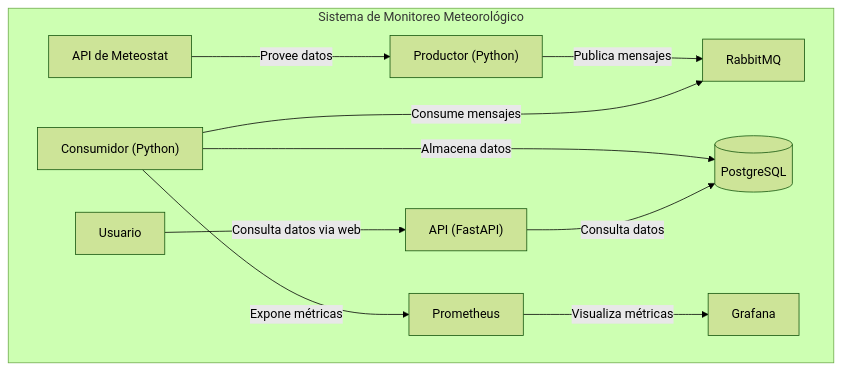
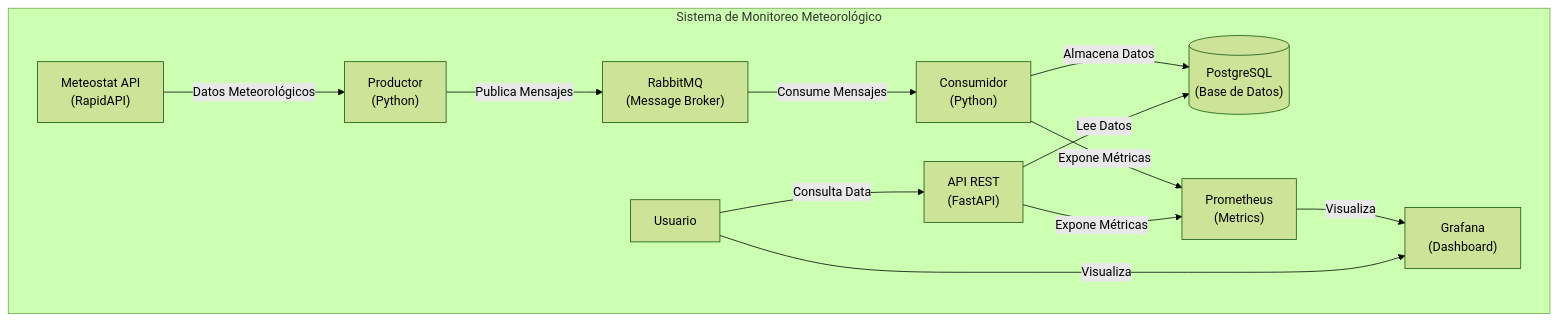
Before and after one commit to Oyhs-co/weather-logs-system: the first of 4 diagrams in README.md, drawn with Mermaid (forest theme). The commit also changed other lines of this file and 2 other files, not shown here.

````diff
--- a/README.md
+++ b/README.md
@@ -174,13 +412,25 @@
 ```mermaid
 graph TD
     subgraph "Sistema de Monitoreo Meteorológico"
-        P["Productor (Python)"] -->|Publica mensajes| R[RabbitMQ]
-        C["Consumidor (Python)"] -->|Consume mensajes| R
-        C -->|Almacena datos| DB[(PostgreSQL)]
-        API["API (FastAPI)"] -->|Consulta datos| DB
-        U[Usuario] -->|Consulta datos via web| API
-        M[API de Meteostat] -->|Provee datos| P
-        C -->|Expone métricas| PR[Prometheus]
-        PR -->|Visualiza métricas| G[Grafana]
+        E["Meteostat API<br/>(RapidAPI)"]
+        P["Productor<br/>(Python)"]
+        R["RabbitMQ<br/>(Message Broker)"]
+        C["Consumidor<br/>(Python)"]
+        DB[("PostgreSQL<br/>(Base de Datos)")]
+        API["API REST<br/>(FastAPI)"]
+        PR["Prometheus<br/>(Metrics)"]
+        G["Grafana<br/>(Dashboard)"]
+        U["Usuario"]
+
+        E -->|Datos Meteorológicos| P
+        P -->|Publica Mensajes| R
+        R -->|Consume Mensajes| C
+        C -->|Almacena Datos| DB
+        C -->|Expone Métricas| PR
+        API -->|Lee Datos| DB
+        API -->|Expone Métricas| PR
+        PR -->|Visualiza| G
+        U -->|Consulta Data| API
+        U -->|Visualiza| G
     end
 ```
````
